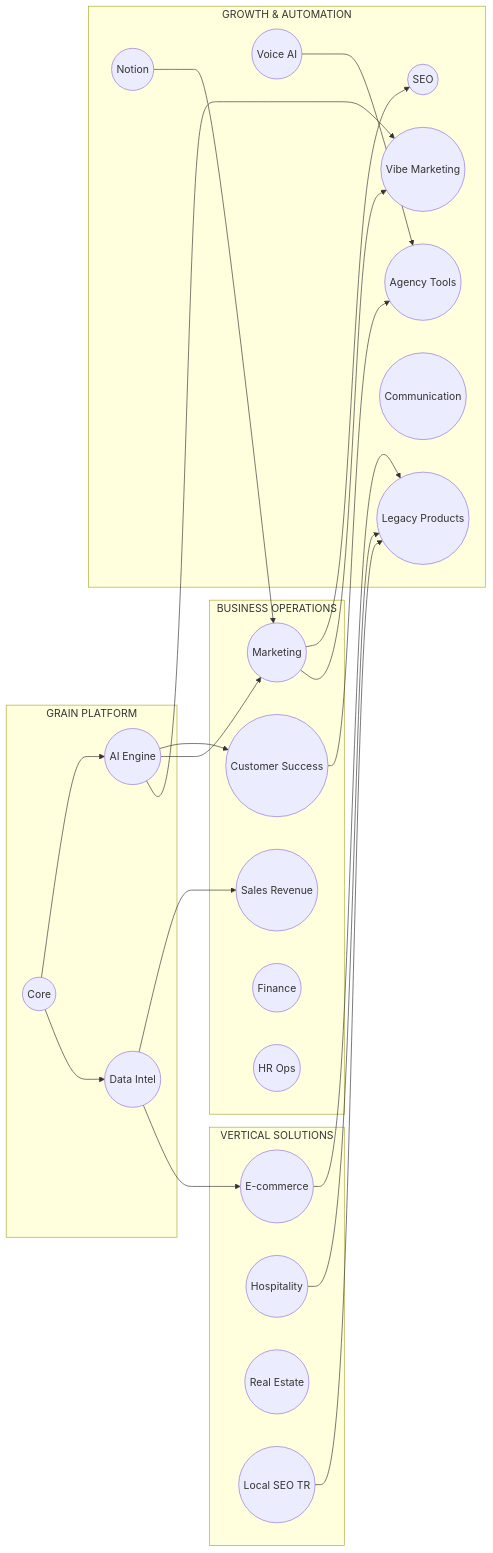
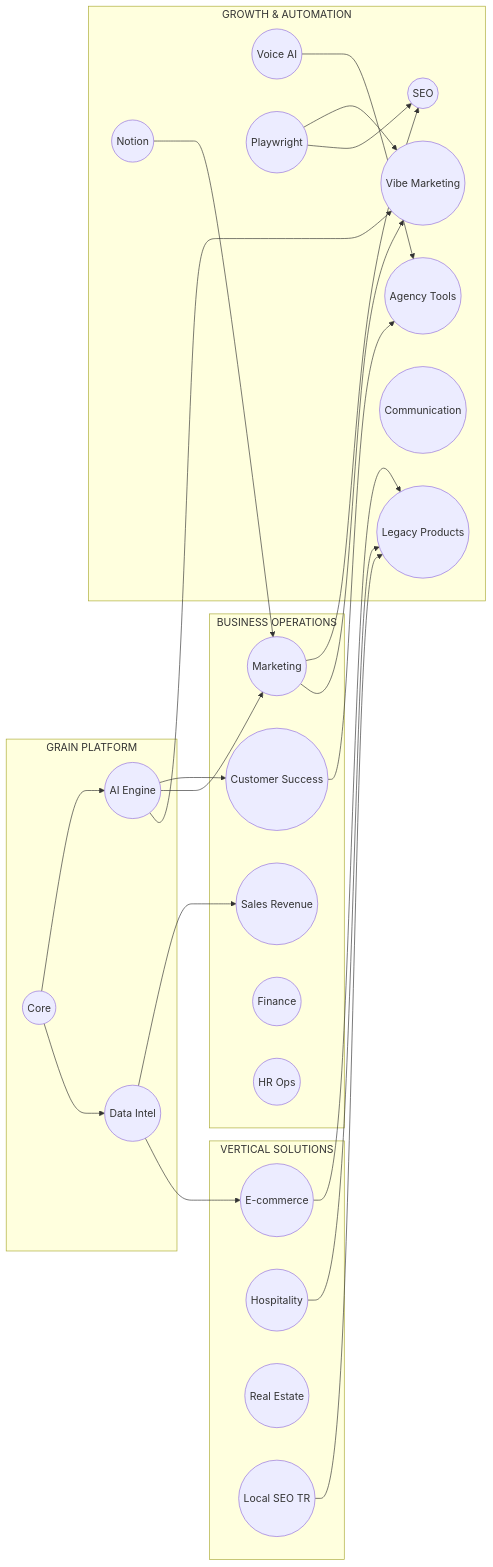
One commit to No3214/saas changed the second of 15 diagrams in docs/ARCHITECTURE_DIAGRAMS.md. Above: the diagram before and after it, drawn with Mermaid. The commit also changed other lines of this file and 3 other files, not shown here.

````diff
--- a/docs/ARCHITECTURE_DIAGRAMS.md
+++ b/docs/ARCHITECTURE_DIAGRAMS.md
@@ -54,49 +54,52 @@
 ```mermaid
 graph LR
     subgraph Platform["GRAIN PLATFORM"]
         CORE((Core))
         AI((AI Engine))
         DATA((Data Intel))
     end
 
     subgraph Business["BUSINESS OPERATIONS"]
         CS((Customer Success))
         SR((Sales Revenue))
         MKT((Marketing))
         FIN((Finance))
         HR((HR Ops))
     end
 
     subgraph Verticals["VERTICAL SOLUTIONS"]
         ECOM((E-commerce))
         HOSP((Hospitality))
         RE((Real Estate))
         LST((Local SEO TR))
     end
 
     subgraph Growth["GROWTH & AUTOMATION"]
         SEO((SEO))
         VIBE((Vibe Marketing))
         VOICE((Voice AI))
         AGENCY((Agency Tools))
         COMM((Communication))
         NOTION((Notion))
         LEGACY((Legacy Products))
+        PW((Playwright))
     end
 
     CORE --> AI
     CORE --> DATA
     AI --> CS
     AI --> MKT
     AI --> VIBE
     DATA --> SR
     DATA --> ECOM
     CS --> AGENCY
     MKT --> SEO
     MKT --> VIBE
     ECOM --> LEGACY
     HOSP --> LEGACY
     LST --> LEGACY
     VOICE --> AGENCY
+    PW --> VIBE
+    PW --> SEO
     NOTION --> MKT
 ```
````
